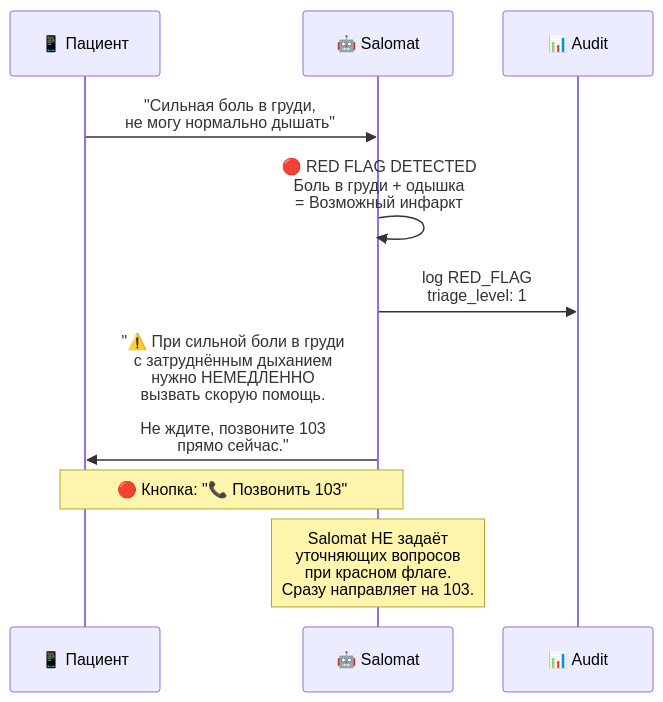
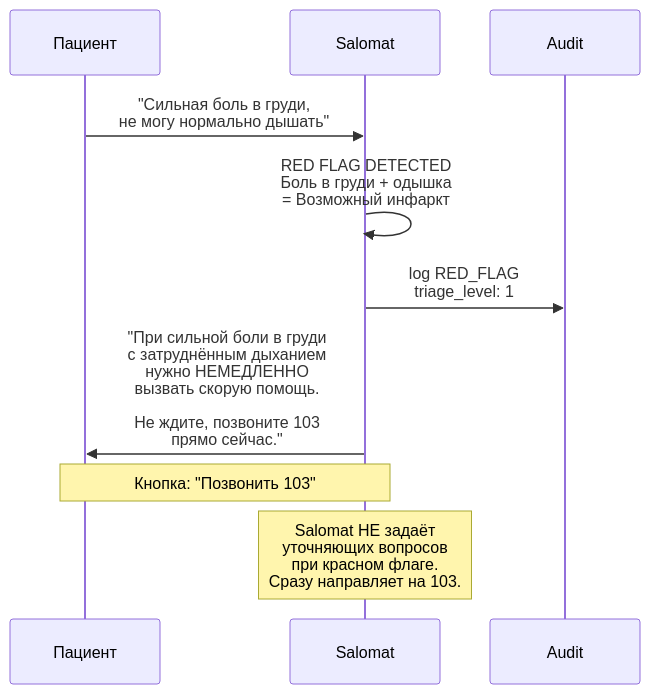
Before and after one commit to abubakirilhomov/hamshiraGo: the seventh of 10 diagrams in docs/SALOMAT_FLOW.md, drawn with Mermaid. The commit also changed other lines of this file and 1 other file, not shown here.

First line of the commit message:
fix(docs): remove emoji + fix quotes in Mermaid diagrams

````diff
--- a/docs/SALOMAT_FLOW.md
+++ b/docs/SALOMAT_FLOW.md
@@ -254,17 +254,17 @@
 ```mermaid
 sequenceDiagram
-    participant P as 📱 Пациент
-    participant SAL as 🤖 Salomat
-    participant AUD as 📊 Audit
+    participant P as Пациент
+    participant SAL as Salomat
+    participant AUD as Audit
 
     P->>SAL: "Сильная боль в груди,<br/>не могу нормально дышать"
     
-    SAL->>SAL: 🔴 RED FLAG DETECTED<br/>Боль в груди + одышка<br/>= Возможный инфаркт
+    SAL->>SAL: RED FLAG DETECTED<br/>Боль в груди + одышка<br/>= Возможный инфаркт
     SAL->>AUD: log RED_FLAG<br/>triage_level: 1
 
-    SAL->>P: "⚠️ При сильной боли в груди<br/>с затруднённым дыханием<br/>нужно НЕМЕДЛЕННО<br/>вызвать скорую помощь.<br/><br/>Не ждите, позвоните 103<br/>прямо сейчас."
+    SAL->>P: "При сильной боли в груди<br/>с затруднённым дыханием<br/>нужно НЕМЕДЛЕННО<br/>вызвать скорую помощь.<br/><br/>Не ждите, позвоните 103<br/>прямо сейчас."
     
-    Note over SAL,P: 🔴 Кнопка: "📞 Позвонить 103"
+    Note over SAL,P: Кнопка: "Позвонить 103"
     
     Note over SAL: Salomat НЕ задаёт<br/>уточняющих вопросов<br/>при красном флаге.<br/>Сразу направляет на 103.
 ```
````
